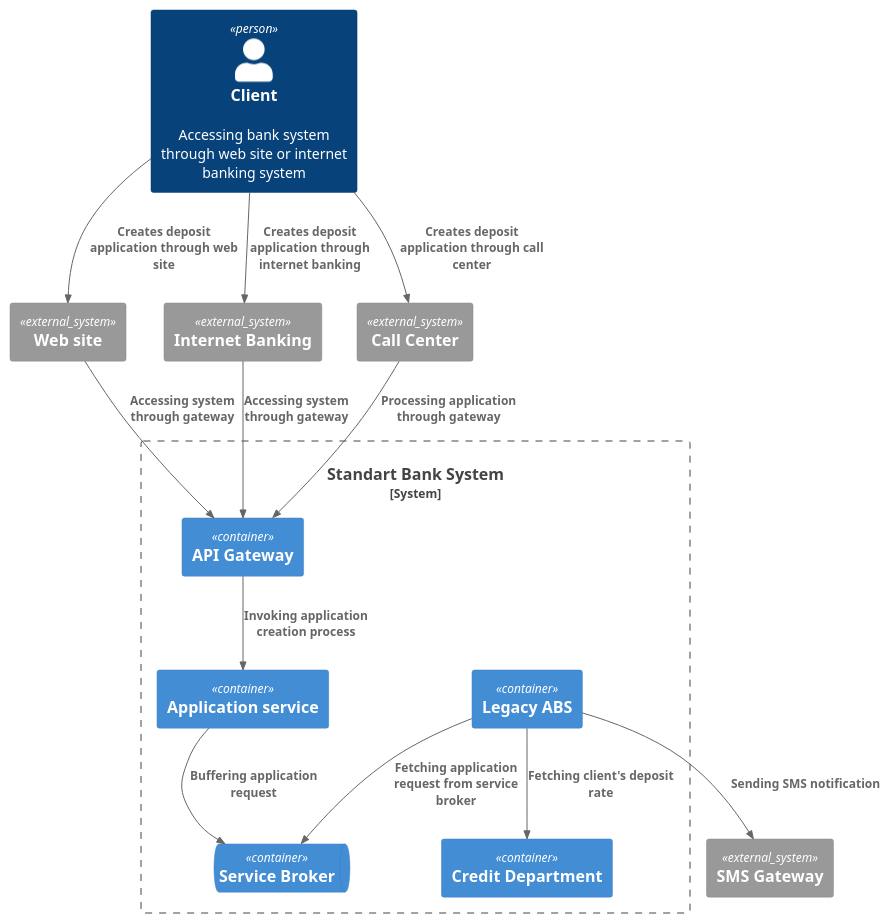
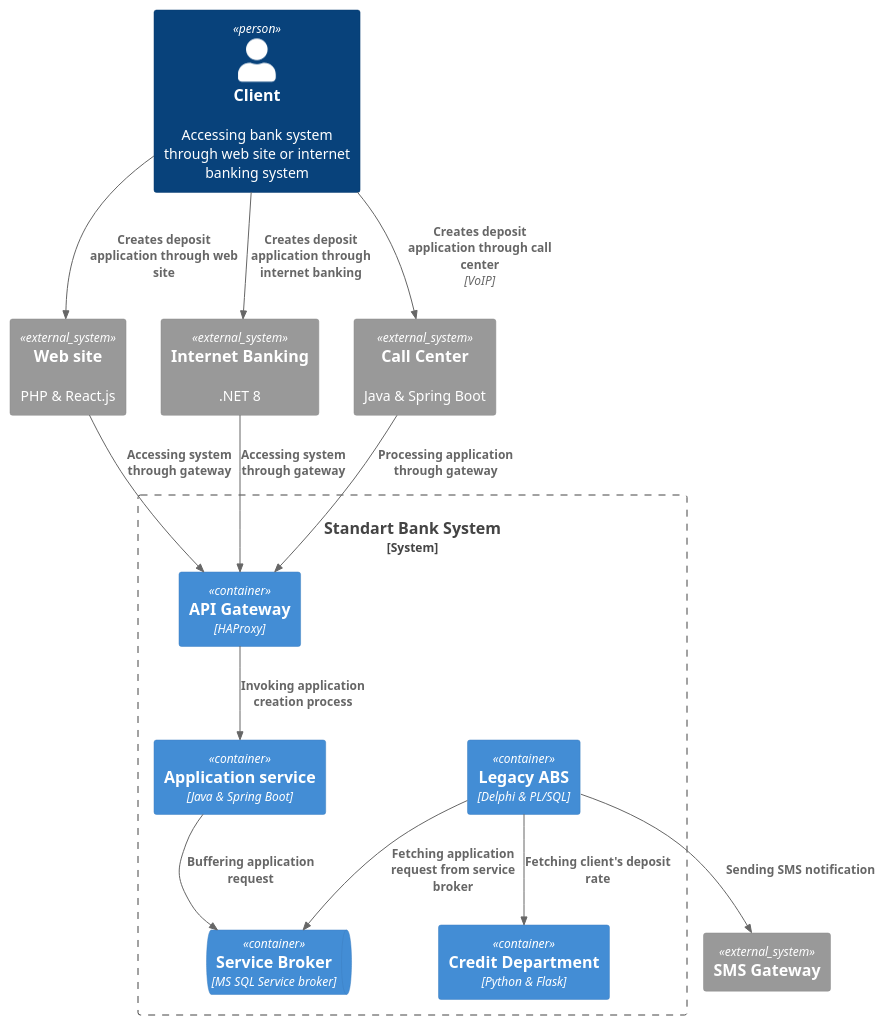
One commit to iceglen/architecture-pro-standart changed the diagram in task3/c4_container.puml. Above: the diagram before and after it, drawn with PlantUML. The commit also changed 4 other files, not shown here.

```diff
--- a/task3/c4_container.puml
+++ b/task3/c4_container.puml
@@ -1,33 +1,33 @@
 @startuml Standart Bank System Container Diagram
 !include <C4/C4_Container>
 
 Person(user, "Client", "Accessing bank system through web site or internet banking system")
 
 System_Boundary(bank_system, "Standart Bank System") {
-    Container(api_gateway, "API Gateway")
-    Container(application_service, "Application service")
-    ContainerQueue(service_broker, "Service Broker")
-    Container(legacy_abs, "Legacy ABS")
-    Container(credit_department, "Credit Department")
+    Container(api_gateway, "API Gateway", "HAProxy")
+    Container(application_service, "Application service", "Java & Spring Boot")
+    ContainerQueue(service_broker, "Service Broker", "MS SQL Service broker")
+    Container(legacy_abs, "Legacy ABS", "Delphi & PL/SQL")
+    Container(credit_department, "Credit Department", "Python & Flask")
 }
 
-System_Ext(web, "Web site")
-System_Ext(inet_bank, "Internet Banking")
+System_Ext(web, "Web site", "PHP & React.js")
+System_Ext(inet_bank, "Internet Banking", ".NET 8")
 System_Ext(sms_gateway, "SMS Gateway")
-System_Ext(call_center, "Call Center")
+System_Ext(call_center, "Call Center", "Java & Spring Boot")
 
 Rel(user, web, "Creates deposit application through web site")
 Rel(user, inet_bank, "Creates deposit application through internet banking")
-Rel(user, call_center, "Creates deposit application through call center")
+Rel(user, call_center, "Creates deposit application through call center", "VoIP")
 
 Rel(web, api_gateway, "Accessing system through gateway")
 Rel(inet_bank, api_gateway, "Accessing system through gateway")
 Rel(call_center, api_gateway, "Processing application through gateway")
 
 Rel(api_gateway, application_service, "Invoking application creation process")
 Rel(application_service, service_broker, "Buffering application request")
 Rel(legacy_abs, service_broker, "Fetching application request from service broker")
 Rel(legacy_abs, credit_department, "Fetching client's deposit rate")
 Rel(legacy_abs, sms_gateway, "Sending SMS notification")
 
 @enduml
```
